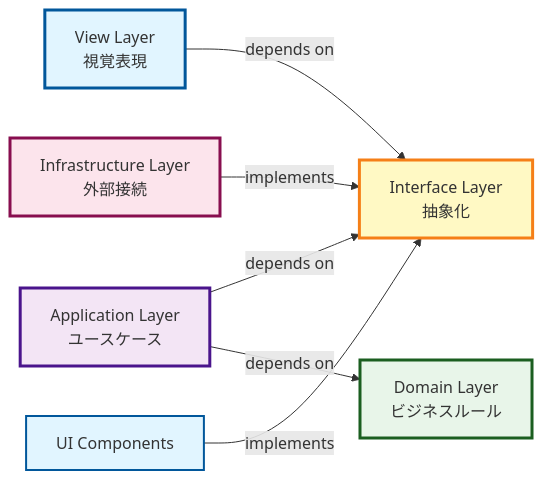
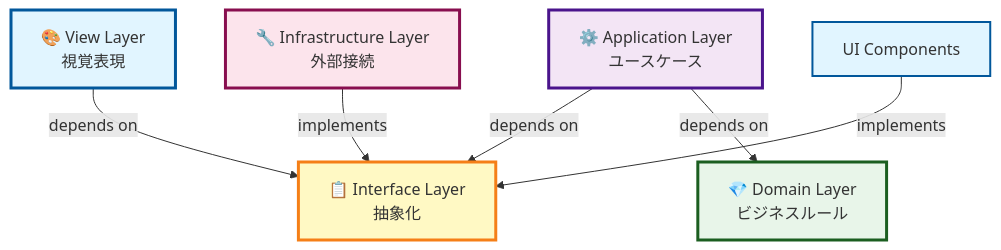
Before and after one commit to Next2D/framework-typescript-template: the second of 6 diagrams in template/ARCHITECTURE.md, drawn with Mermaid. The commit also changed other lines of this file and 1 other file, not shown here.

````diff
--- a/template/ARCHITECTURE.md
+++ b/template/ARCHITECTURE.md
@@ -65,21 +75,21 @@
 ```mermaid
-flowchart LR
-    View["View Layer<br/>視覚表現"]
-    Interface["Interface Layer<br/>抽象化"]
-    App["Application Layer<br/>ユースケース"]
-    Domain["Domain Layer<br/>ビジネスルール"]
-    Infra["Infrastructure Layer<br/>外部接続"]
+flowchart TD
+    View["🎨 View Layer<br/>視覚表現"]
+    Interface["📋 Interface Layer<br/>抽象化"]
+    App["⚙️ Application Layer<br/>ユースケース"]
+    Domain["💎 Domain Layer<br/>ビジネスルール"]
+    Infra["🔧 Infrastructure Layer<br/>外部接続"]
 
     View -->|depends on| Interface
     App -->|depends on| Interface
     App -->|depends on| Domain
     Infra -->|implements| Interface
     UI["UI Components"] -->|implements| Interface
 
     style View fill:#e1f5ff,stroke:#01579b,stroke-width:3px
     style Interface fill:#fff9c4,stroke:#f57f17,stroke-width:3px
     style App fill:#f3e5f5,stroke:#4a148c,stroke-width:3px
     style Domain fill:#e8f5e9,stroke:#1b5e20,stroke-width:3px
     style Infra fill:#fce4ec,stroke:#880e4f,stroke-width:3px
     style UI fill:#e1f5ff,stroke:#01579b,stroke-width:2px
 ```
````
